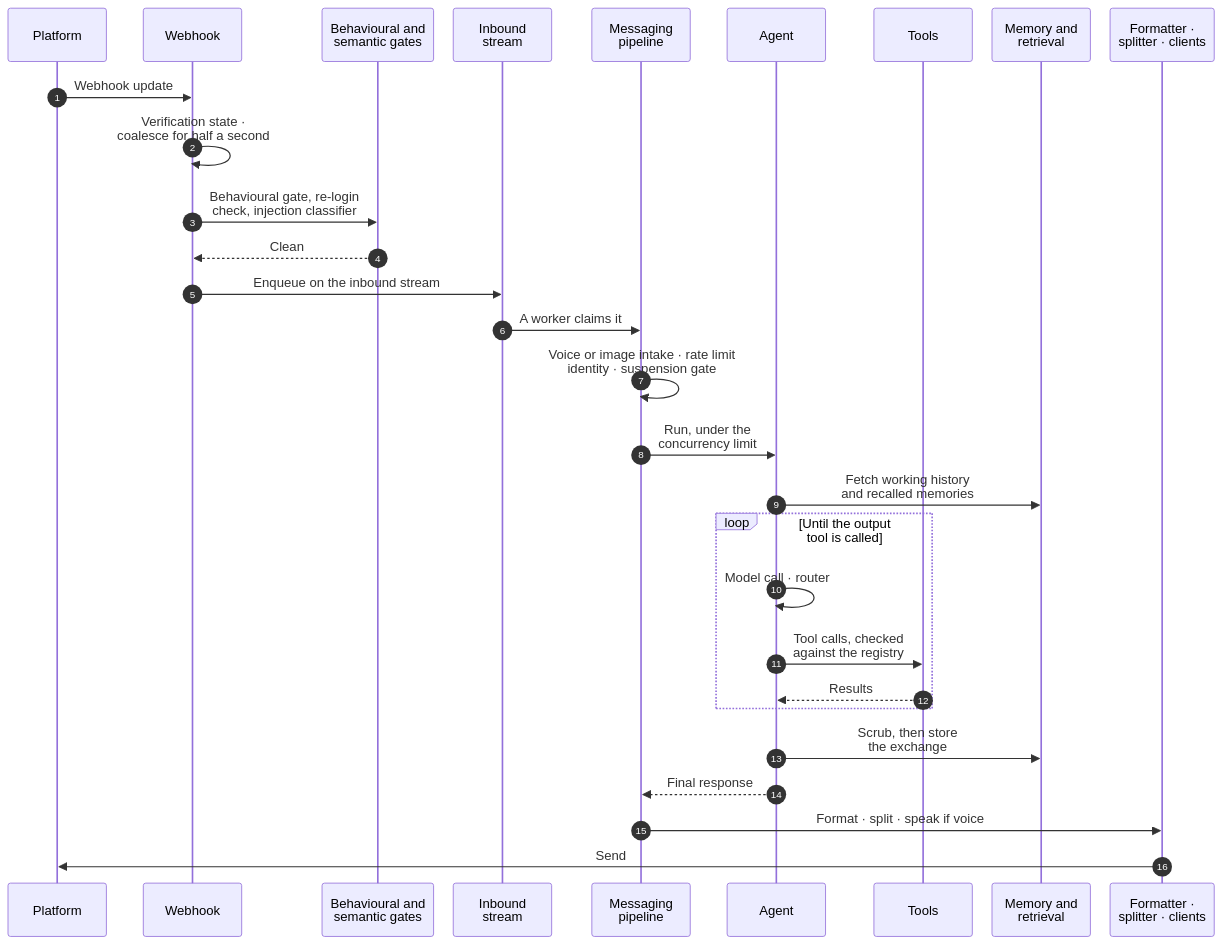
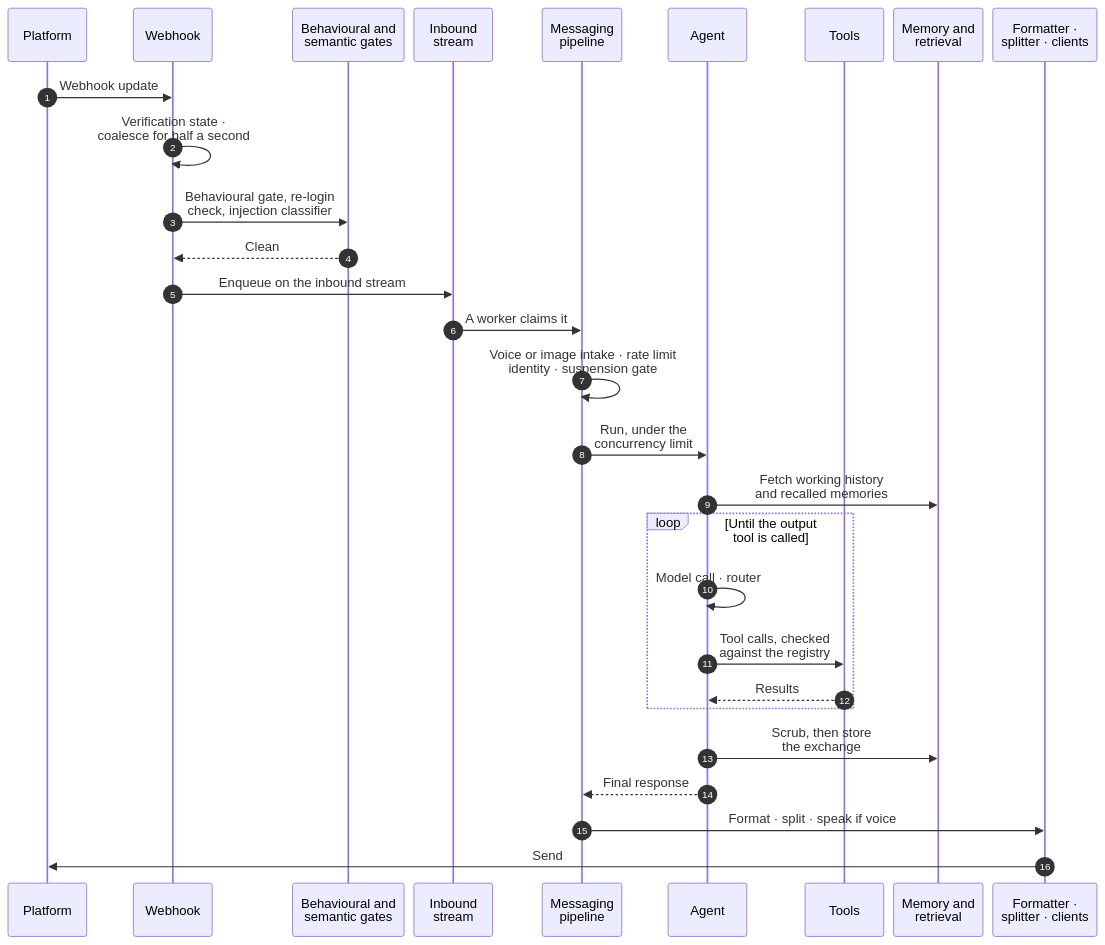
The first of 6 diagrams in docs/02-agent.md (JoshPola96/enterprise-ai-agent-architecture-esim), drawn with Mermaid before and after one commit. The commit also changed 5 other files, not shown here.

Commit message:
Lay out the chapter diagrams for phone screens

````diff
--- a/docs/02-agent.md
+++ b/docs/02-agent.md
@@ -14,32 +14,32 @@
 ```mermaid
-%%{init: {"sequence": {"actorMargin": 24, "width": 120, "noteMargin": 6, "messageMargin": 30}}}%%
+%%{init: {"sequence": {"actorMargin": 12, "width": 96, "messageMargin": 28, "noteMargin": 6}}}%%
 sequenceDiagram
     autonumber
     participant P as Platform
     participant R as Webhook
     participant G as Behavioural and<br/>semantic gates
     participant S as Inbound<br/>stream
     participant M as Messaging<br/>pipeline
     participant A as Agent
     participant T as Tools
     participant C as Memory and<br/>retrieval
     participant D as Formatter ·<br/>splitter · clients
     P->>R: Webhook update
     R->>R: Verification state ·<br/>coalesce for half a second
     R->>G: Behavioural gate, re-login<br/>check, injection classifier
     G-->>R: Clean
     R->>S: Enqueue on the inbound stream
     S->>M: A worker claims it
     M->>M: Voice or image intake · rate limit<br/>identity · suspension gate
     M->>A: Run, under the<br/>concurrency limit
     A->>C: Fetch working history<br/>and recalled memories
     loop Until the output tool is called
         A->>A: Model call · router
         A->>T: Tool calls, checked<br/>against the registry
         T-->>A: Results
     end
     A->>C: Scrub, then store<br/>the exchange
     A-->>M: Final response
     M->>D: Format · split · speak if voice
     D->>P: Send
 ```
````
